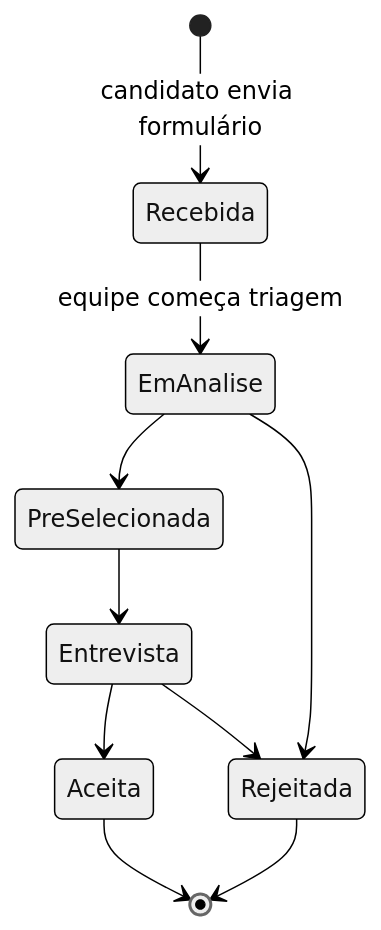
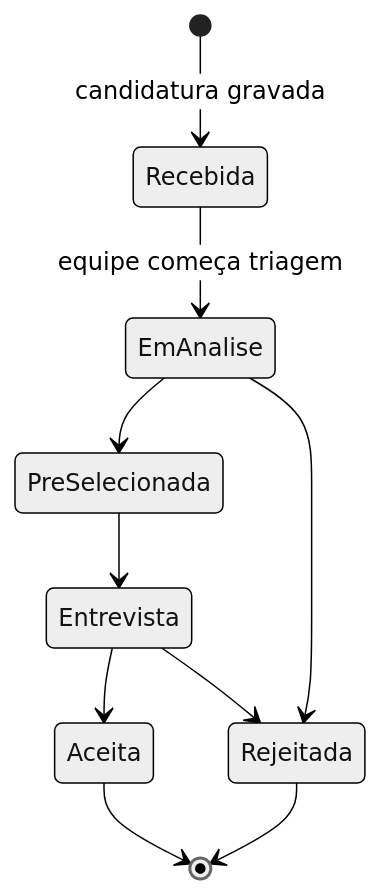
The second of 3 diagrams in docs/technical/APP_HIRING.md (Sitr3n01/news_portal), drawn with Mermaid (neutral theme) before and after one commit. The commit also changed other lines of this file and 40 other files, not shown here.

````diff
--- a/docs/technical/APP_HIRING.md
+++ b/docs/technical/APP_HIRING.md
@@ -76,12 +76,12 @@
 ```mermaid
 stateDiagram-v2
-    [*] --> Recebida: candidato envia formulário
+    [*] --> Recebida: candidatura gravada
     Recebida --> EmAnalise: equipe começa triagem
     EmAnalise --> PreSelecionada
     EmAnalise --> Rejeitada
     PreSelecionada --> Entrevista
     Entrevista --> Aceita
     Entrevista --> Rejeitada
     Aceita --> [*]
     Rejeitada --> [*]
 ```
````
